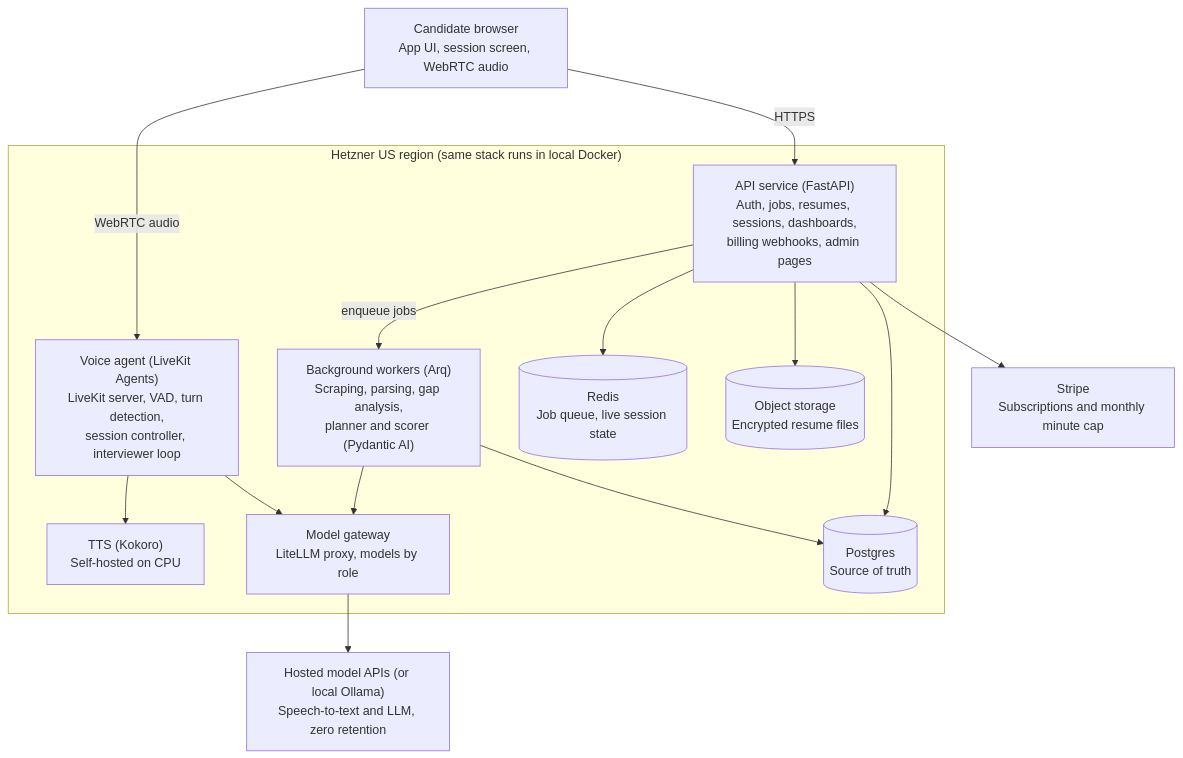
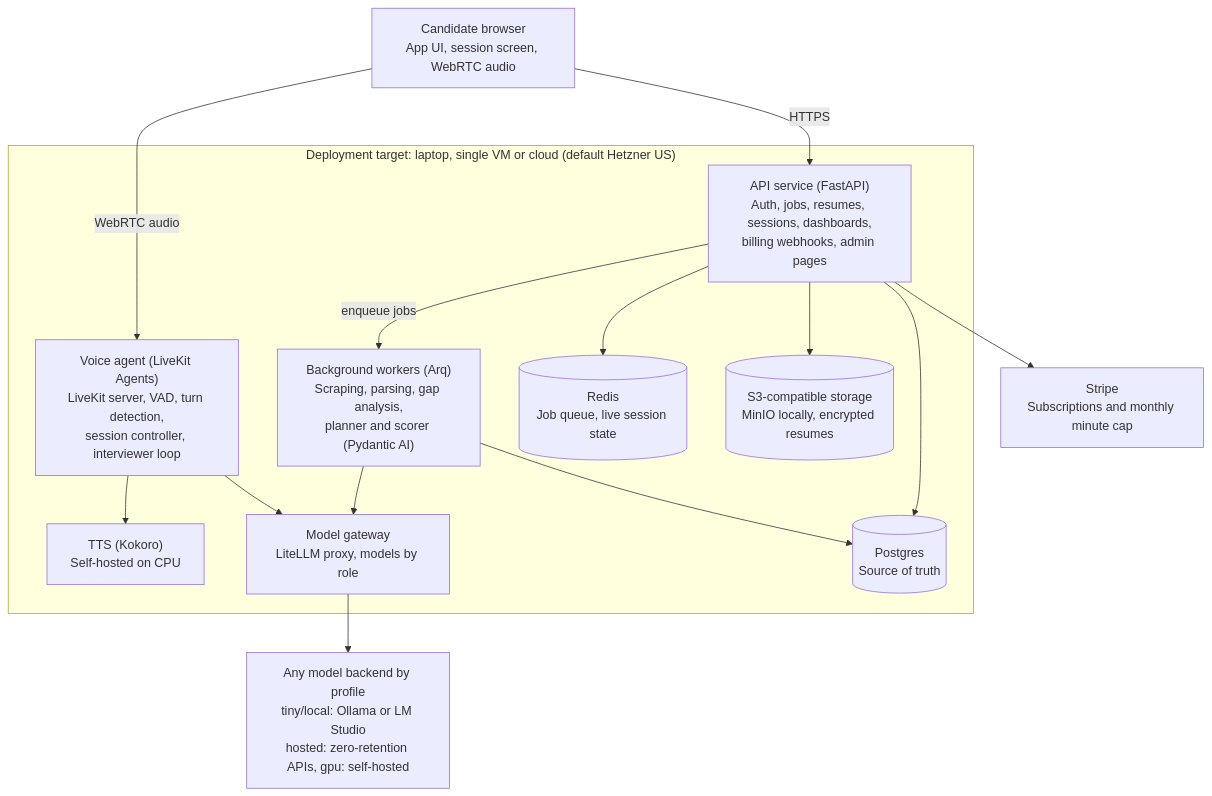
One commit to msoliman1975/strong-hire changed the diagram in docs/spec.md. Above: the diagram before and after it, drawn with Mermaid. The commit also changed other lines of this file, not shown here.

````diff
--- a/docs/spec.md
+++ b/docs/spec.md
@@ -176,29 +188,29 @@
 ```mermaid
 flowchart TB
     browser["Candidate browser<br/>App UI, session screen, WebRTC audio"]
-    subgraph hetzner["Hetzner US region (same stack runs in local Docker)"]
+    subgraph hetzner["Deployment target: laptop, single VM or cloud (default Hetzner US)"]
         api["API service (FastAPI)<br/>Auth, jobs, resumes, sessions, dashboards,<br/>billing webhooks, admin pages"]
         voice["Voice agent (LiveKit Agents)<br/>LiveKit server, VAD, turn detection,<br/>session controller, interviewer loop"]
         workers["Background workers (Arq)<br/>Scraping, parsing, gap analysis,<br/>planner and scorer (Pydantic AI)"]
         tts["TTS (Kokoro)<br/>Self-hosted on CPU"]
         gateway["Model gateway<br/>LiteLLM proxy, models by role"]
         pg[("Postgres<br/>Source of truth")]
         redis[("Redis<br/>Job queue, live session state")]
-        storage[("Object storage<br/>Encrypted resume files")]
+        storage[("S3-compatible storage<br/>MinIO locally, encrypted resumes")]
     end
     stripe["Stripe<br/>Subscriptions and monthly minute cap"]
-    models["Hosted model APIs (or local Ollama)<br/>Speech-to-text and LLM, zero retention"]
+    models["Any model backend by profile<br/>tiny/local: Ollama or LM Studio<br/>hosted: zero-retention APIs, gpu: self-hosted"]
 
     browser -- HTTPS --> api
     browser -- WebRTC audio --> voice
     api -- enqueue jobs --> workers
     voice --> tts
     voice --> gateway
     workers --> gateway
     workers --> pg
     api --> pg
     api --> redis
     api --> storage
     gateway --> models
     api --> stripe
 ```
````
